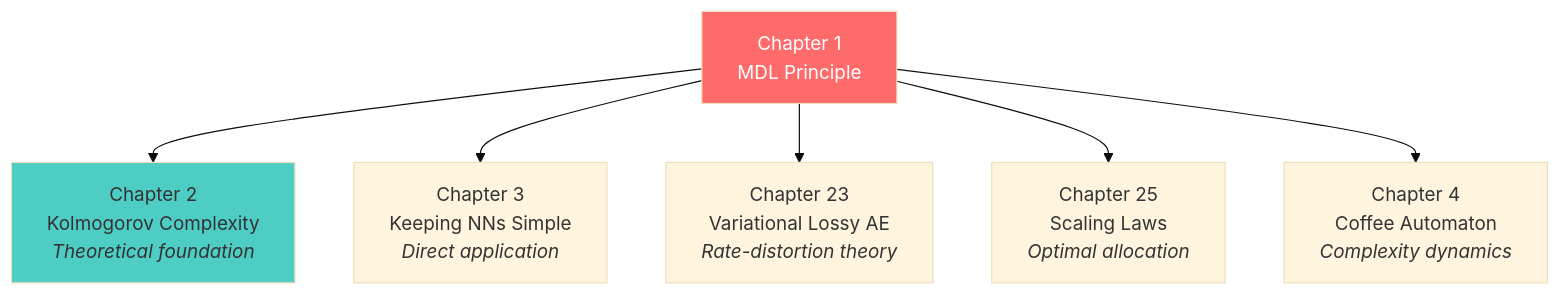
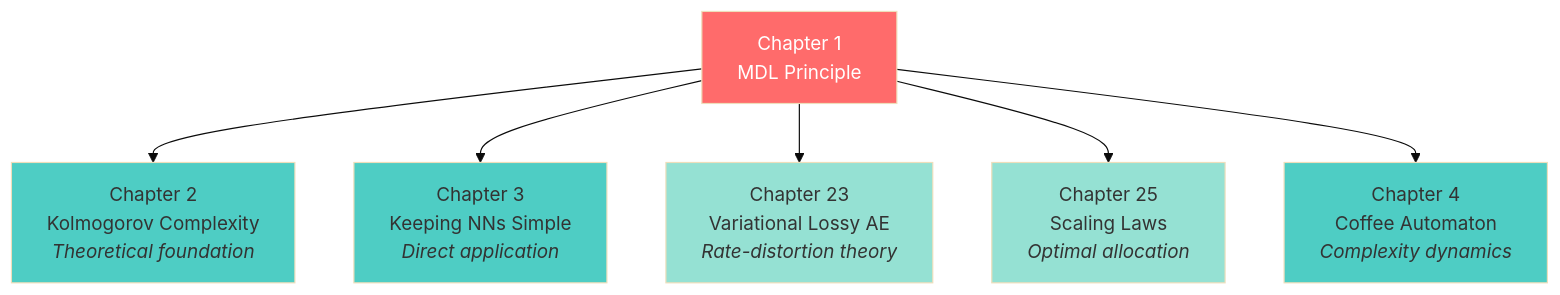
Diagram 11 of 13 in chapters/part-1-foundations/01-minimum-description-length.md (piyushjajoo/ilya-30u30-book), drawn with Mermaid (base theme) before and after one commit.

````diff
--- a/chapters/part-1-foundations/01-minimum-description-length.md
+++ b/chapters/part-1-foundations/01-minimum-description-length.md
@@ -443,17 +443,21 @@
 ```mermaid
 graph TB
     MDL["Chapter 1<br/>MDL Principle"]
     
     MDL --> KC["Chapter 2<br/>Kolmogorov Complexity<br/><i>Theoretical foundation</i>"]
     
     MDL --> NN["Chapter 3<br/>Keeping NNs Simple<br/><i>Direct application</i>"]
     
     MDL --> VLAE["Chapter 23<br/>Variational Lossy AE<br/><i>Rate-distortion theory</i>"]
     
     MDL --> SCALE["Chapter 25<br/>Scaling Laws<br/><i>Optimal allocation</i>"]
     
     MDL --> COFFEE["Chapter 4<br/>Coffee Automaton<br/><i>Complexity dynamics</i>"]
     
     style MDL fill:#ff6b6b,color:#fff
     style KC fill:#4ecdc4
+    style NN fill:#4ecdc4
+    style VLAE fill:#95e1d3
+    style SCALE fill:#95e1d3
+    style COFFEE fill:#4ecdc4
 ```
````
